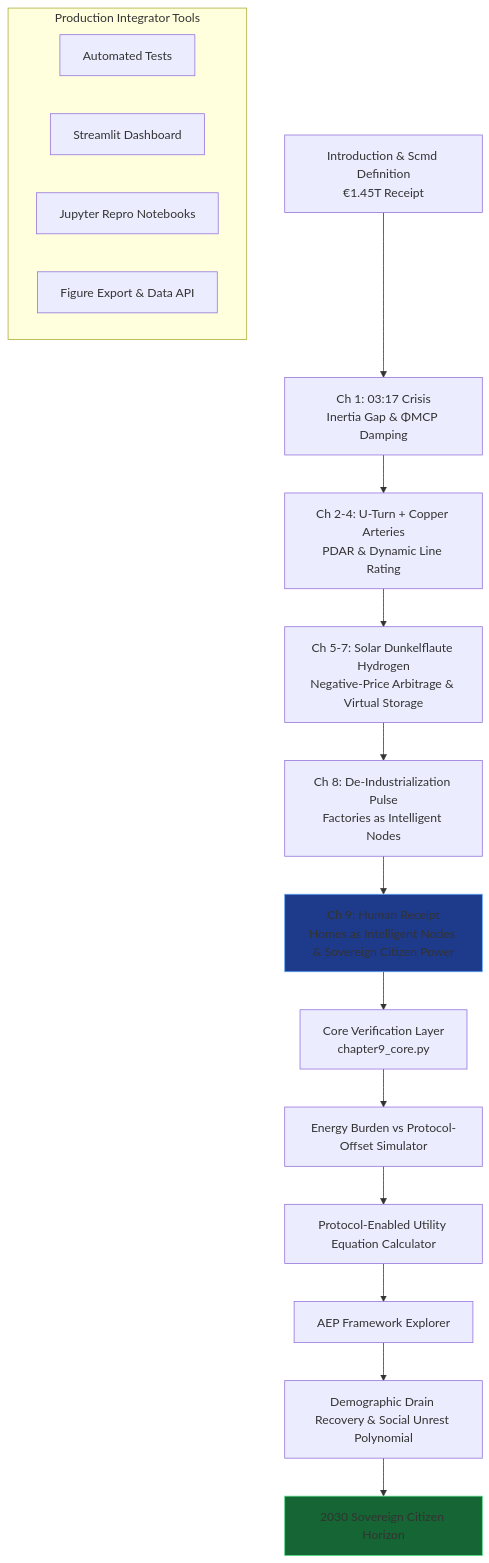
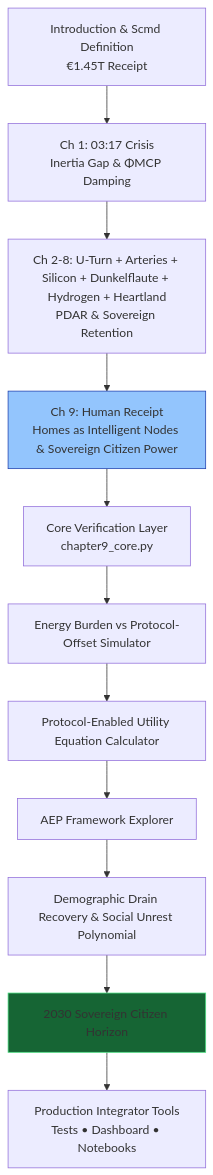
Before and after one commit to iceccarelli/Renewables_Migration_Chapter9_Proof_Engine: the third of 3 diagrams in README.md, drawn with Mermaid. The commit also changed other lines of this file, not shown here.

````diff
--- a/README.md
+++ b/README.md
@@ -33,26 +70,15 @@
 ```mermaid
 graph TD
-    A[Introduction & Scmd Definition<br/>€1.45T Receipt] 
-    --> B[Ch 1: 03:17 Crisis<br/>Inertia Gap & ΦMCP Damping]
-    B --> C[Ch 2-4: U-Turn + Copper Arteries<br/>PDAR & Dynamic Line Rating]
-    C --> D[Ch 5-7: Solar Dunkelflaute Hydrogen<br/>Negative-Price Arbitrage & Virtual Storage]
-    D --> E[Ch 8: De-Industrialization Pulse<br/>Factories as Intelligent Nodes]
-    E --> F[Ch 9: Human Receipt<br/>Homes as Intelligent Nodes & Sovereign Citizen Power]
-    
-    F --> G[Core Verification Layer<br/>chapter9_core.py]
-    G --> H[Energy Burden vs Protocol-Offset Simulator]
-    H --> I[Protocol-Enabled Utility Equation Calculator]
-    I --> J[AEP Framework Explorer]
-    J --> K[Demographic Drain Recovery & Social Unrest Polynomial]
-    K --> L[2030 Sovereign Citizen Horizon]
-    
-    subgraph Production Integrator Tools
-        M[Automated Tests]
-        N[Streamlit Dashboard]
-        O[Jupyter Repro Notebooks]
-        P[Figure Export & Data API]
-    end
-    
-    style F fill:#1e3a8a,stroke:#60a5fa
-    style L fill:#166534,stroke:#4ade80
+    A[Introduction & Scmd Definition<br/>€1.45T Receipt] --> B[Ch 1: 03:17 Crisis<br/>Inertia Gap & ΦMCP Damping]
+    B --> C[Ch 2-8: U-Turn + Arteries + Silicon + Dunkelflaute + Hydrogen + Heartland<br/>PDAR & Sovereign Retention]
+    C --> D[Ch 9: Human Receipt<br/>Homes as Intelligent Nodes & Sovereign Citizen Power]
+    D --> E[Core Verification Layer<br/>chapter9_core.py]
+    E --> F[Energy Burden vs Protocol-Offset Simulator]
+    F --> G[Protocol-Enabled Utility Equation Calculator]
+    G --> H[AEP Framework Explorer]
+    H --> I[Demographic Drain Recovery & Social Unrest Polynomial]
+    I --> J[2030 Sovereign Citizen Horizon]
+    J --> K[Production Integrator Tools<br/>Tests • Dashboard • Notebooks]
+    style D fill:#93c5fd,stroke:#1e40af
+    style J fill:#166534,stroke:#4ade80
 ```
````
